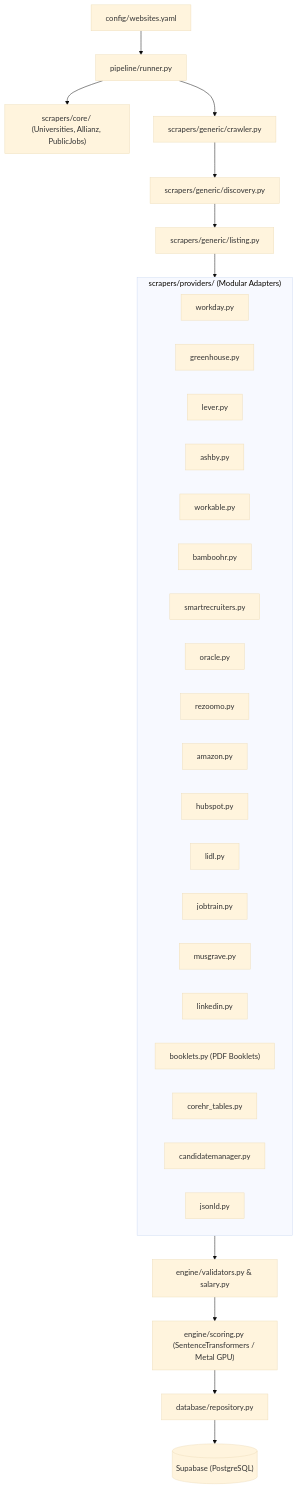
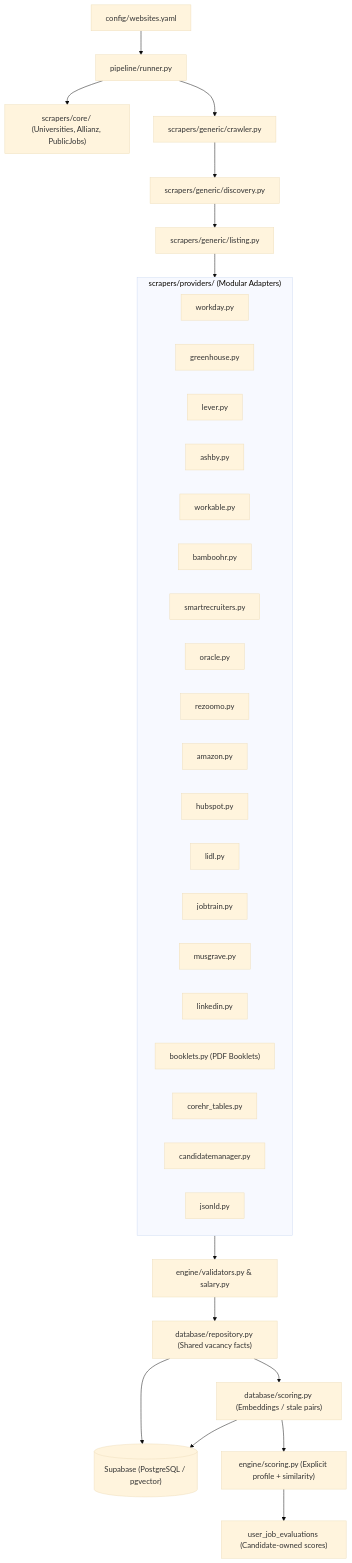
One commit to jae-labs/jobpulse changed the diagram in docs/SCRAPER_ARCHITECTURE.md. Above: the diagram before and after it, drawn with Mermaid (base theme). The commit also changed other lines of this file and 73 other files, not shown here.

Commit message:
Consolidate exact candidate scoring and remove legacy paths

````diff
--- a/docs/SCRAPER_ARCHITECTURE.md
+++ b/docs/SCRAPER_ARCHITECTURE.md
@@ -7,36 +7,39 @@
 ```mermaid
 flowchart TD
     Config["config/websites.yaml"] --> Runner["pipeline/runner.py"]
     Runner --> Specialized["scrapers/core/ (Universities, Allianz, PublicJobs)"]
     Runner --> Generic["scrapers/generic/crawler.py"]
     Generic --> Discovery["scrapers/generic/discovery.py"]
     Discovery --> Dispatcher["scrapers/generic/listing.py"]
 
     subgraph Providers ["scrapers/providers/ (Modular Adapters)"]
         Workday["workday.py"]
         Greenhouse["greenhouse.py"]
         Lever["lever.py"]
         Ashby["ashby.py"]
         Workable["workable.py"]
         BambooHR["bamboohr.py"]
         SmartRecruiters["smartrecruiters.py"]
         Oracle["oracle.py"]
         Rezoomo["rezoomo.py"]
         Amazon["amazon.py"]
         HubSpot["hubspot.py"]
         Lidl["lidl.py"]
         JobTrain["jobtrain.py"]
         Musgrave["musgrave.py"]
         LinkedIn["linkedin.py"]
         Booklets["booklets.py (PDF Booklets)"]
         CoreHR["corehr_tables.py"]
         CandidateManager["candidatemanager.py"]
         JsonLD["jsonld.py"]
     end
 
     Dispatcher --> Providers
     Providers --> Validation["engine/validators.py & salary.py"]
-    Validation --> Scoring["engine/scoring.py (SentenceTransformers / Metal GPU)"]
-    Scoring --> Repository["database/repository.py"]
-    Repository --> Supabase[("Supabase (PostgreSQL)")]
+    Validation --> Repository["database/repository.py (Shared vacancy facts)"]
+    Repository --> Supabase[("Supabase (PostgreSQL / pgvector)")]
+    Repository --> Cache["database/scoring.py (Embeddings / stale pairs)"]
+    Cache --> Supabase
+    Cache --> Scoring["engine/scoring.py (Explicit profile + similarity)"]
+    Scoring --> Evaluations["user_job_evaluations (Candidate-owned scores)"]
 ```
````
